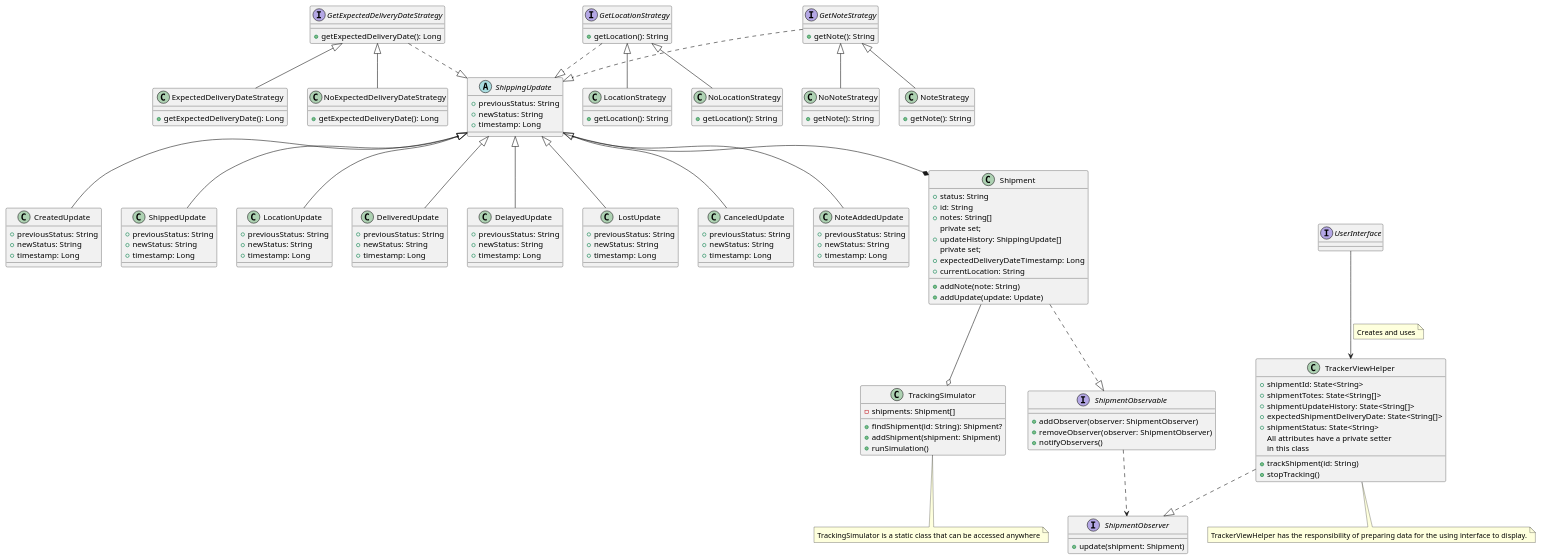
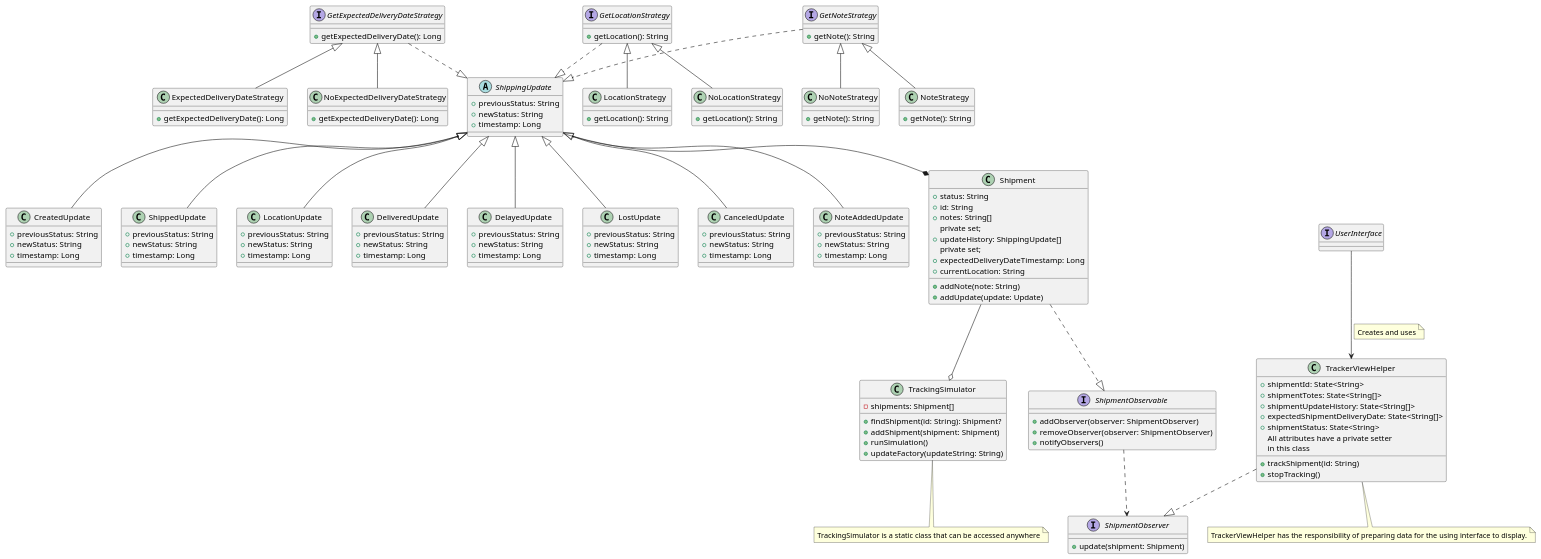
The diagram in diagrams/src/shipment-tracker.plantuml (quality-liquid/cs5700-assn2-shipment-tracker), drawn with PlantUML before and after one commit.

Commit message:
updated uml with updateFactory

```diff
--- a/diagrams/src/shipment-tracker.plantuml
+++ b/diagrams/src/shipment-tracker.plantuml
@@ -1,173 +1,174 @@
 @startuml "Shipment Tracker"
 
 interface UserInterface
 
 class TrackerViewHelper {
     + shipmentId: State<String>
     + shipmentTotes: State<String[]>
     + shipmentUpdateHistory: State<String[]>
     + expectedShipmentDeliveryDate: State<String[]>
     + shipmentStatus: State<String>
     All attributes have a private setter
     in this class
 
     + trackShipment(id: String)
     + stopTracking()
 }
 
 interface ShipmentObserver {
     + update(shipment: Shipment)
 }
 
 interface ShipmentObservable {
     + addObserver(observer: ShipmentObserver)
     + removeObserver(observer: ShipmentObserver)
     + notifyObservers()
 }
     
 note "TrackerViewHelper has the responsibility of preparing data for the using interface to display." as viewHelperNote
 
 abstract class ShippingUpdate {
     + previousStatus: String
     + newStatus: String
     + timestamp: Long
 }
 
 class CreatedUpdate {
     + previousStatus: String
     + newStatus: String
     + timestamp: Long
 }
 
 class ShippedUpdate {
     + previousStatus: String
     + newStatus: String
     + timestamp: Long
 }
 
 class LocationUpdate {
     + previousStatus: String
     + newStatus: String
     + timestamp: Long
 }
 
 class DeliveredUpdate {
     + previousStatus: String
     + newStatus: String
     + timestamp: Long
 }
 
 class DelayedUpdate {
     + previousStatus: String
     + newStatus: String
     + timestamp: Long
 }
 
 class LostUpdate {
     + previousStatus: String
     + newStatus: String
     + timestamp: Long
 }
 
 class CanceledUpdate {
     + previousStatus: String
     + newStatus: String
     + timestamp: Long
 }
 
 class NoteAddedUpdate {
     + previousStatus: String
     + newStatus: String
     + timestamp: Long
 }
 
 interface GetNoteStrategy {
     + getNote(): String
 }
 
 class NoNoteStrategy {
     + getNote(): String
 }
 
 class NoteStrategy {
     + getNote(): String
 }
 
 class LocationStrategy {
     + getLocation(): String
 }
 
 class NoLocationStrategy {
     + getLocation(): String
 }
 
 class ExpectedDeliveryDateStrategy {
     + getExpectedDeliveryDate(): Long
 }
 
 class NoExpectedDeliveryDateStrategy {
     + getExpectedDeliveryDate(): Long
 }
 
 interface GetLocationStrategy {
     + getLocation(): String
 }
 
 interface GetExpectedDeliveryDateStrategy {
     + getExpectedDeliveryDate(): Long
 }
 
 class Shipment {
     +status: String
     +id: String
     +notes: String[]
     private set;
     +updateHistory: ShippingUpdate[]
     private set;
     +expectedDeliveryDateTimestamp: Long
     +currentLocation: String
     +addNote(note: String)
     +addUpdate(update: Update)
 }
 
 class TrackingSimulator {
     - shipments: Shipment[]
     + findShipment(id: String): Shipment?
     + addShipment(shipment: Shipment)
     + runSimulation()
+    + updateFactory(updateString: String)
 }
 
 note "TrackingSimulator is a static class that can be accessed anywhere" as tsimnote
 
 ShippingUpdate <|.u. GetNoteStrategy
 ShippingUpdate <|.u. GetLocationStrategy
 ShippingUpdate <|.u. GetExpectedDeliveryDateStrategy
 
 GetNoteStrategy <|-- NoNoteStrategy
 GetNoteStrategy <|-- NoteStrategy
 GetLocationStrategy <|-- LocationStrategy
 GetLocationStrategy <|-- NoLocationStrategy
 GetExpectedDeliveryDateStrategy <|-- ExpectedDeliveryDateStrategy
 GetExpectedDeliveryDateStrategy <|-- NoExpectedDeliveryDateStrategy
 
 ShippingUpdate <|-- CreatedUpdate
 ShippingUpdate <|-- ShippedUpdate
 ShippingUpdate <|-- LocationUpdate
 ShippingUpdate <|-- DeliveredUpdate
 ShippingUpdate <|-- DelayedUpdate
 ShippingUpdate <|-- LostUpdate
 ShippingUpdate <|-- CanceledUpdate
 ShippingUpdate <|-- NoteAddedUpdate
 
 TrackerViewHelper ..|> ShipmentObserver
 ShipmentObservable ..> ShipmentObserver
 Shipment ..|> ShipmentObservable
 UserInterface --> TrackerViewHelper
 note on link: Creates and uses
 TrackerViewHelper -- viewHelperNote
 TrackingSimulator -- tsimnote
 
 Shipment --o TrackingSimulator
 ShippingUpdate --* Shipment
 
 @enduml
```
